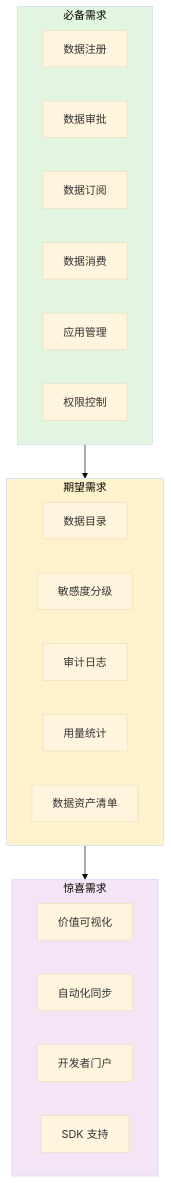
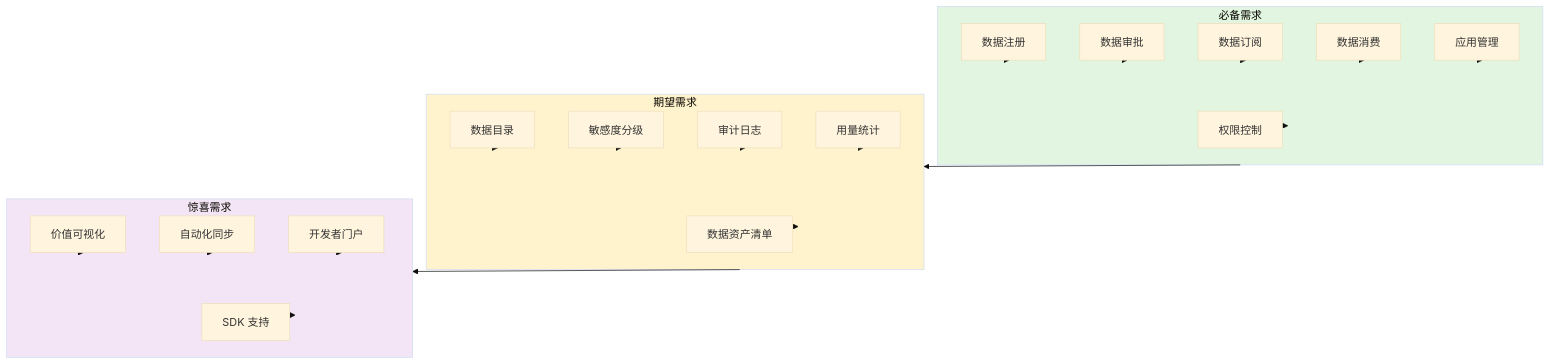
Before and after one commit to THZSummer/Product: the sixth of 10 diagrams in open-app/.specs/feature-session-001/discovery-report.md, drawn with Mermaid (base theme).

Commit message:
design: 参考 1.1 章节语法修改 4.1 图表布局
- subgraph 内节点垂直排列（每个节点单独一行）
- 底部使用 & 语法连接节点到 subgraph
- 这样渲染出来 subgraph 内节点是水平对齐的
- 参考 1.1 章节典型数据域的写法

````diff
--- a/open-app/.specs/feature-session-001/discovery-report.md
+++ b/open-app/.specs/feature-session-001/discovery-report.md
@@ -210,20 +210,36 @@
 ```mermaid
 graph TB
     subgraph Must_Have[必备需求]
-        M1[数据注册] & M2[数据审批] & M3[数据订阅] & M4[数据消费] & M5[应用管理] & M6[权限控制]
+        M1[数据注册]
+        M2[数据审批]
+        M3[数据订阅]
+        M4[数据消费]
+        M5[应用管理]
+        M6[权限控制]
     end
     
     subgraph Should_Have[期望需求]
-        S1[数据目录] & S2[敏感度分级] & S3[审计日志] & S4[用量统计] & S5[数据资产清单]
+        S1[数据目录]
+        S2[敏感度分级]
+        S3[审计日志]
+        S4[用量统计]
+        S5[数据资产清单]
     end
     
     subgraph Could_Have[惊喜需求]
-        C1[价值可视化] & C2[自动化同步] & C3[开发者门户] & C4[SDK 支持]
+        C1[价值可视化]
+        C2[自动化同步]
+        C3[开发者门户]
+        C4[SDK 支持]
     end
+    
+    M1 & M2 & M3 & M4 & M5 & M6 --> Must_Have
+    S1 & S2 & S3 & S4 & S5 --> Should_Have
+    C1 & C2 & C3 & C4 --> Could_Have
     
     Must_Have --> Should_Have --> Could_Have
     
     style Must_Have fill:#e1f5e1
     style Should_Have fill:#fff3cd
     style Could_Have fill:#f3e5f5
 ```
````
